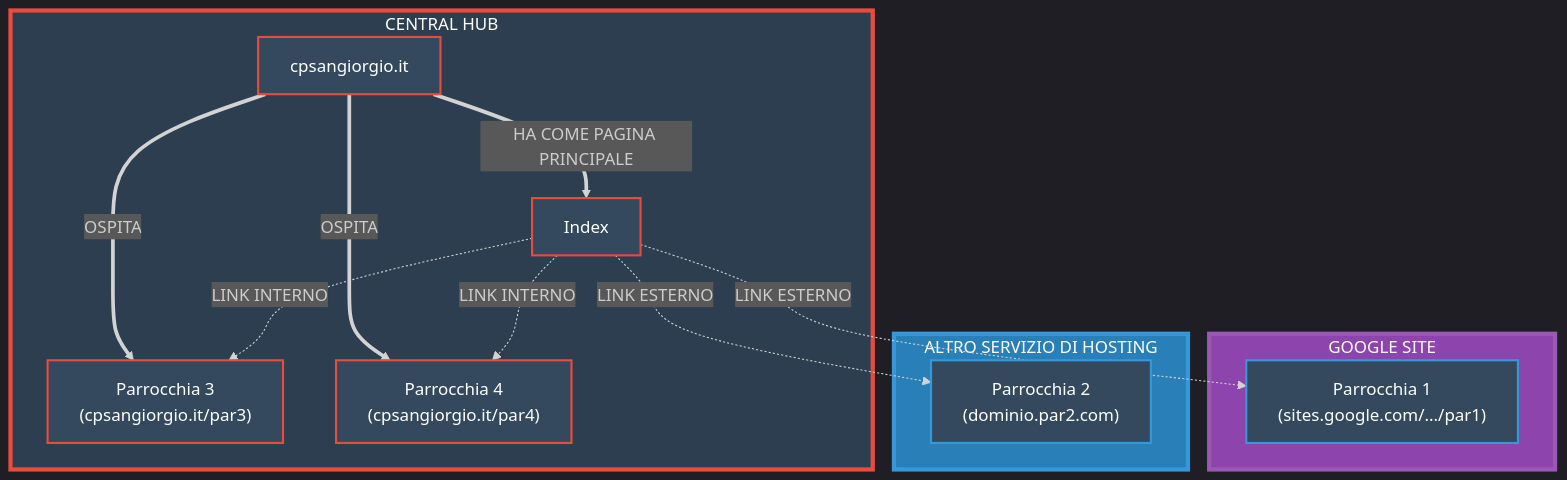
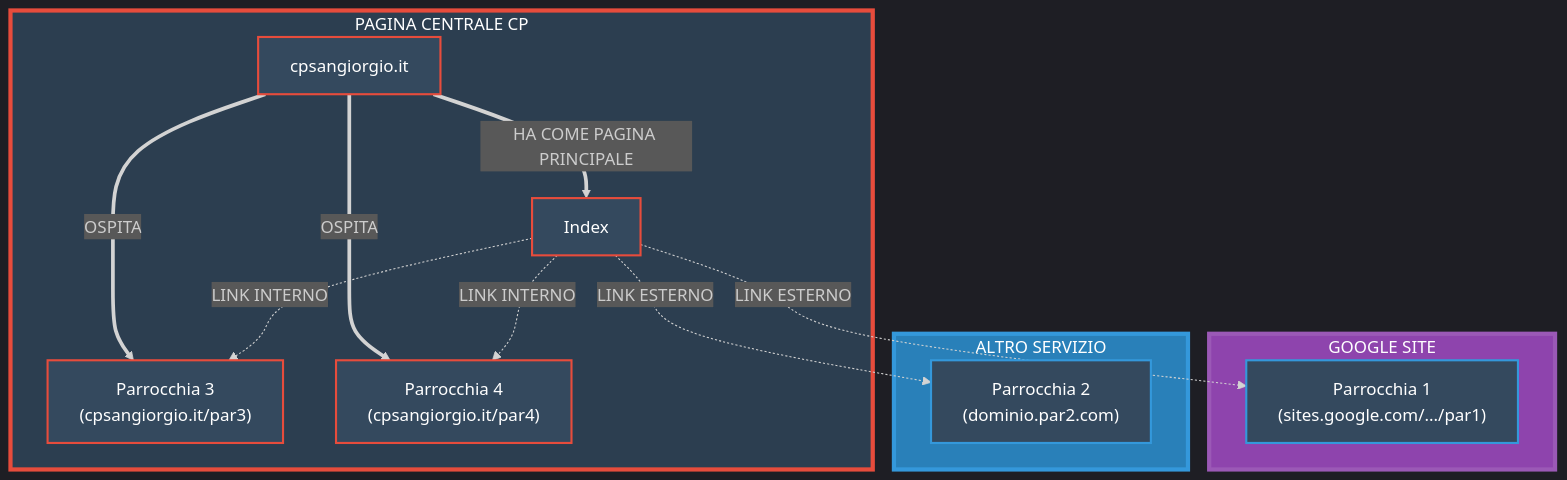
Before and after one commit to CoderXYZ7/CDGsite: the diagram in README.md, drawn with Mermaid.

````diff
--- a/README.md
+++ b/README.md
@@ -51,45 +51,45 @@
 ```mermaid
 %%{init: {
   'theme': 'dark',
   'themeVariables': {
     'fontSize': '16px',
     'fontFamily': 'arial',
     'lineWidth': '2px'
   }
 }}%%
 
 graph TD
     classDef mainServer fill:#2C3E50,stroke:#E74C3C,stroke-width:3px
     classDef google fill:#8E44AD,stroke:#9B59B6,stroke-width:3px
     classDef other fill:#2980B9,stroke:#3498DB,stroke-width:3px
     classDef mainNode fill:#34495E,stroke:#E74C3C,stroke-width:2px,color:#fff
     classDef linkNode fill:#34495E,stroke:#3498DB,stroke-width:2px,color:#fff
 
-    subgraph MainServer["CENTRAL HUB"]
+    subgraph MainServer["PAGINA CENTRALE CP"]
         A["cpsangiorgio.it"]:::mainNode
         B["Index"]:::mainNode
         C["Parrocchia 3<br/>(cpsangiorgio.it/par3)"]:::mainNode
         D["Parrocchia 4<br/>(cpsangiorgio.it/par4)"]:::mainNode
     end
 
     subgraph GoogleSite["GOOGLE SITE"]
         E["Parrocchia 1<br/>(sites.google.com/.../par1)"]:::linkNode
     end
 
-    subgraph OtherServer["ALTRO SERVIZIO DI HOSTING"]
+    subgraph OtherServer["ALTRO SERVIZIO"]
         F["Parrocchia 2<br/>(dominio.par2.com)"]:::linkNode
     end
 
     %% Dynamic connections
     A ==>|"HA COME PAGINA PRINCIPALE"| B
     A ==>|"OSPITA"| C
     A ==>|"OSPITA"| D
     B -.->|"LINK INTERNO"| C
     B -.->|"LINK INTERNO"| D
     B -.->|"LINK ESTERNO"| E
     B -.->|"LINK ESTERNO"| F
 
     style MainServer fill:#2C3E50,stroke:#E74C3C,stroke-width:4px,color:#fff
     style GoogleSite fill:#8E44AD,stroke:#9B59B6,stroke-width:4px,color:#fff
     style OtherServer fill:#2980B9,stroke:#3498DB,stroke-width:4px,color:#fff
 ```
````
